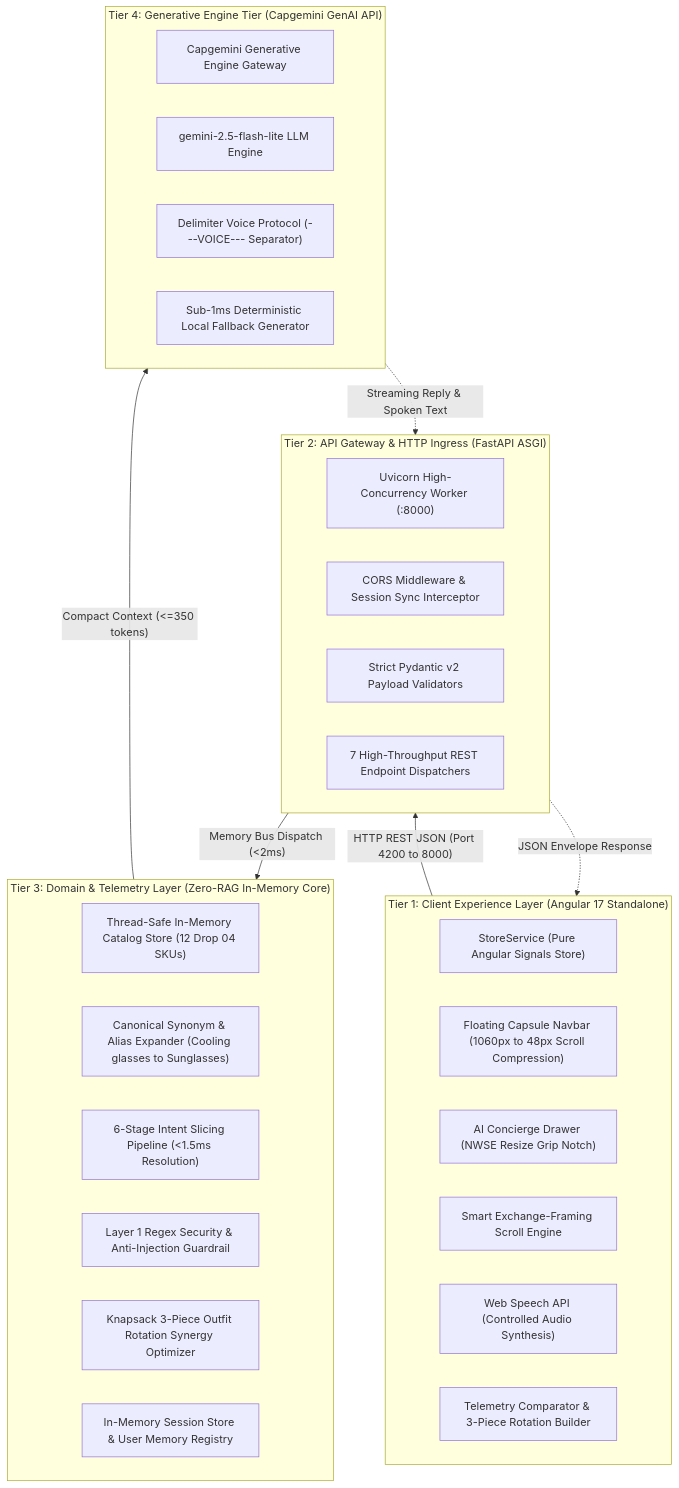
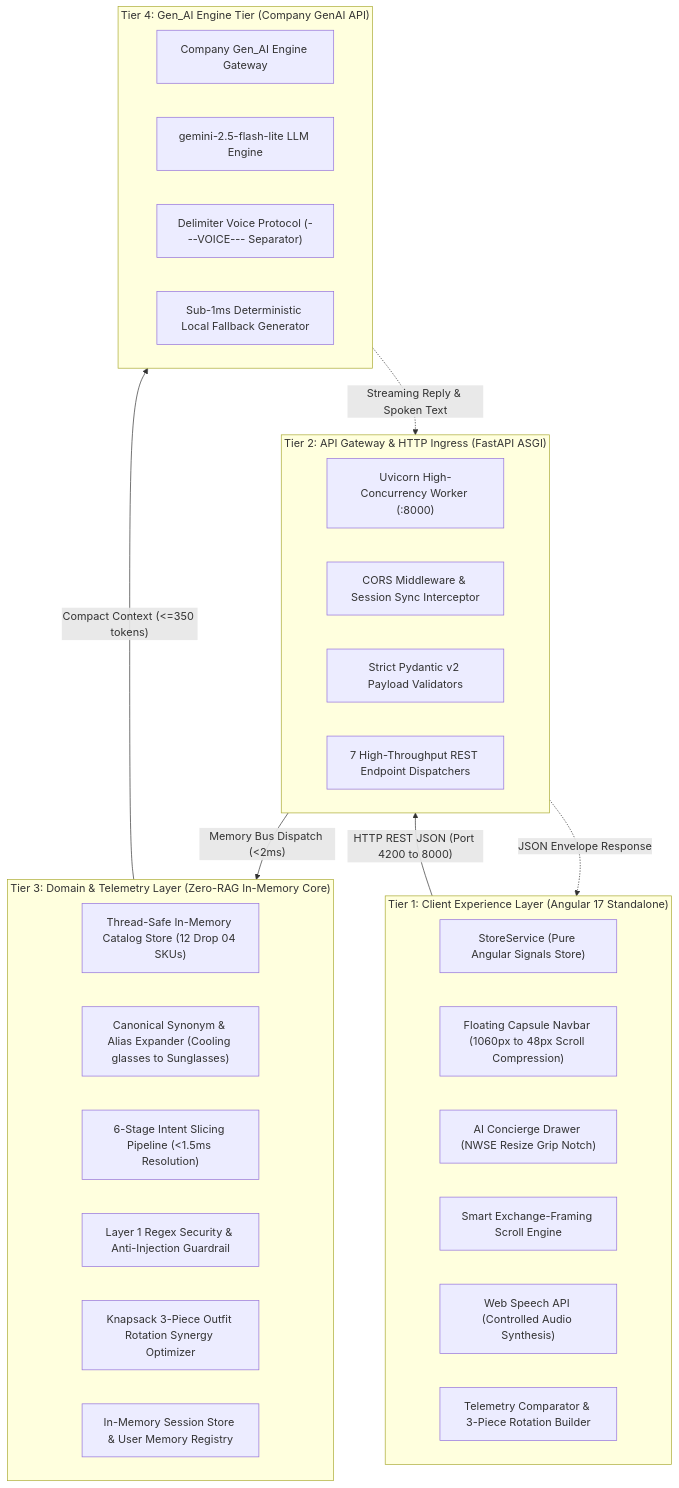
Before and after one commit to srikaran3004/STRIDE: the first of 5 diagrams in README.md, drawn with Mermaid. The commit also changed other lines of this file and 1 other file, not shown here.

````diff
--- a/README.md
+++ b/README.md
@@ -25,40 +26,40 @@
 ```mermaid
 flowchart TD
     subgraph Tier1["Tier 1: Client Experience Layer (Angular 17 Standalone)"]
         A1["StoreService (Pure Angular Signals Store)"]
         A2["Floating Capsule Navbar (1060px to 48px Scroll Compression)"]
         A3["AI Concierge Drawer (NWSE Resize Grip Notch)"]
         A4["Smart Exchange-Framing Scroll Engine"]
         A5["Web Speech API (Controlled Audio Synthesis)"]
         A6["Telemetry Comparator & 3-Piece Rotation Builder"]
     end
 
     subgraph Tier2["Tier 2: API Gateway & HTTP Ingress (FastAPI ASGI)"]
         B1["Uvicorn High-Concurrency Worker (:8000)"]
         B2["CORS Middleware & Session Sync Interceptor"]
         B3["Strict Pydantic v2 Payload Validators"]
         B4["7 High-Throughput REST Endpoint Dispatchers"]
     end
 
     subgraph Tier3["Tier 3: Domain & Telemetry Layer (Zero-RAG In-Memory Core)"]
         C1["Thread-Safe In-Memory Catalog Store (12 Drop 04 SKUs)"]
         C2["Canonical Synonym & Alias Expander (Cooling glasses to Sunglasses)"]
         C3["6-Stage Intent Slicing Pipeline (<1.5ms Resolution)"]
         C4["Layer 1 Regex Security & Anti-Injection Guardrail"]
         C5["Knapsack 3-Piece Outfit Rotation Synergy Optimizer"]
         C6["In-Memory Session Store & User Memory Registry"]
     end
 
-    subgraph Tier4["Tier 4: Generative Engine Tier (Capgemini GenAI API)"]
-        D1["Capgemini Generative Engine Gateway"]
+    subgraph Tier4["Tier 4: Gen_AI Engine Tier (Company GenAI API)"]
+        D1["Company Gen_AI Engine Gateway"]
         D2["gemini-2.5-flash-lite LLM Engine"]
         D3["Delimiter Voice Protocol (---VOICE--- Separator)"]
         D4["Sub-1ms Deterministic Local Fallback Generator"]
     end
 
     Tier1 -->|"HTTP REST JSON (Port 4200 to 8000)"| Tier2
     Tier2 -->|"Memory Bus Dispatch (<2ms)"| Tier3
     Tier3 -->|"Compact Context (<=350 tokens)"| Tier4
     Tier4 -.->|"Streaming Reply & Spoken Text"| Tier2
     Tier2 -.->|"JSON Envelope Response"| Tier1
 ```
````
